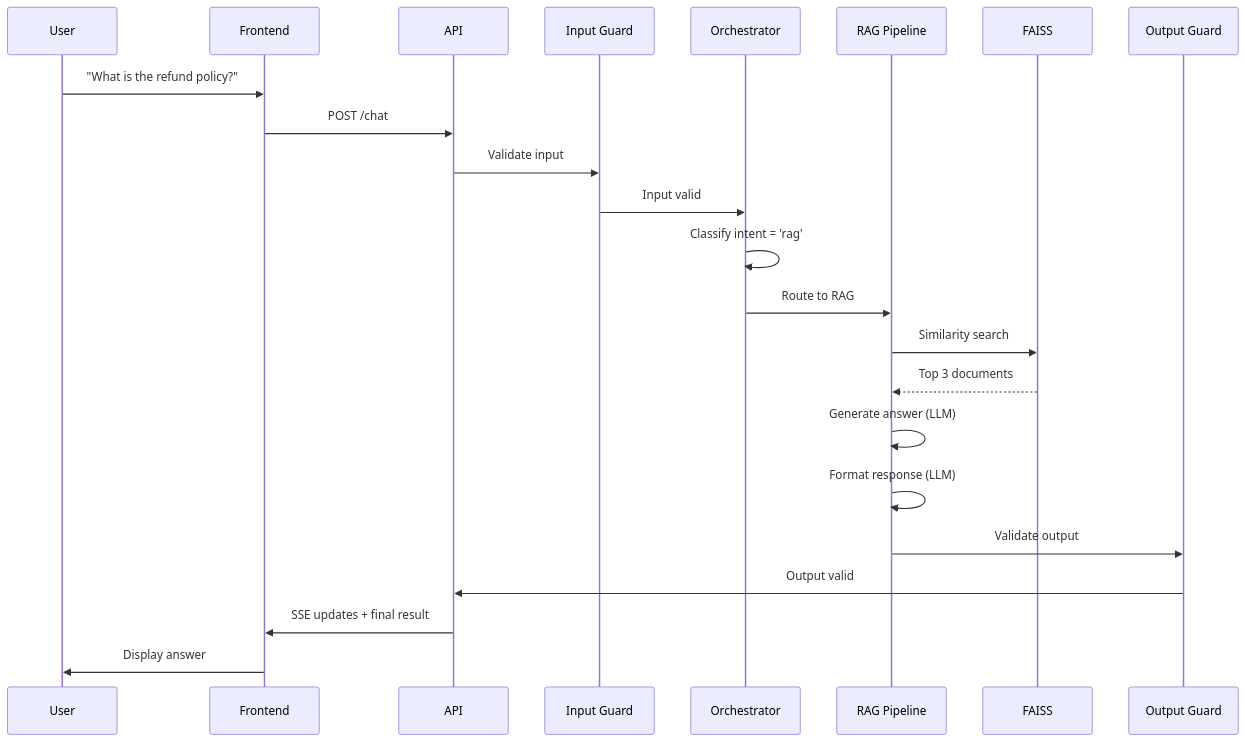
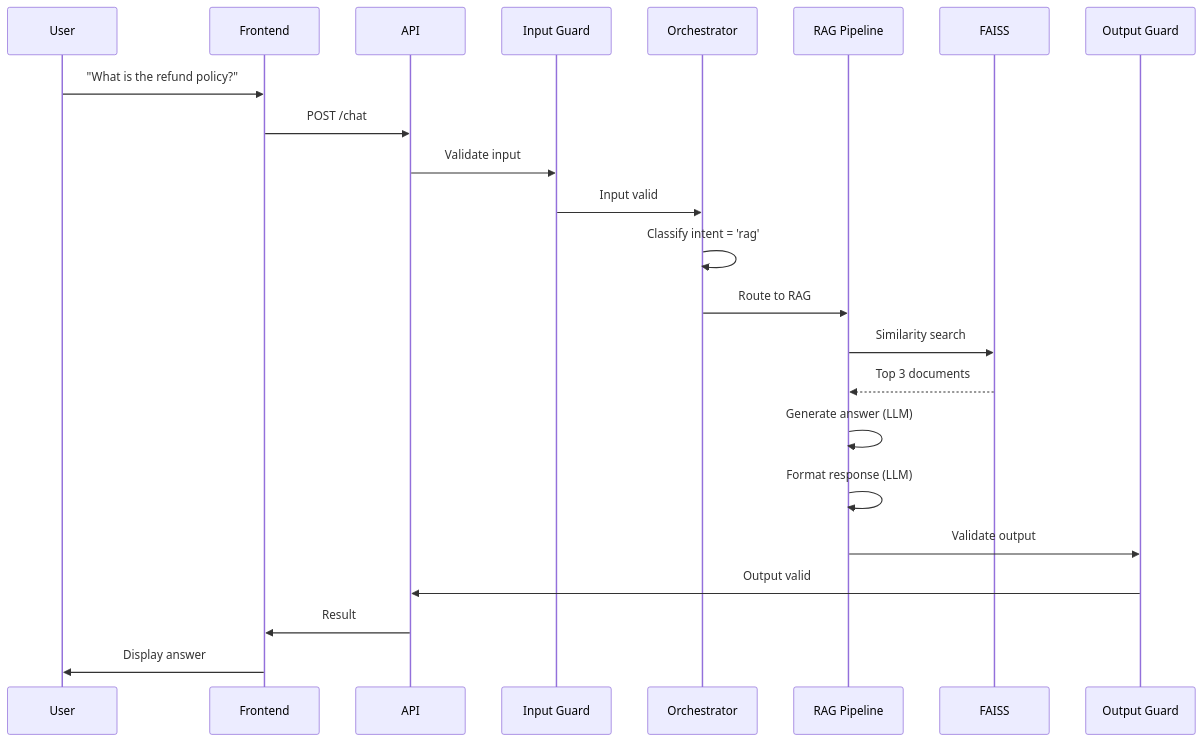
Before and after one commit to Tpg1993/text2sqlagent: the third of 3 diagrams in documentation/HLD.md, drawn with Mermaid. The commit also changed other lines of this file and 24 other files, not shown here.

````diff
--- a/documentation/HLD.md
+++ b/documentation/HLD.md
@@ -283,26 +283,26 @@
 ```mermaid
 sequenceDiagram
     participant U as User
     participant F as Frontend
     participant A as API
     participant IG as Input Guard
     participant O as Orchestrator
     participant R as RAG Pipeline
     participant V as FAISS
     participant OG as Output Guard
     
     U->>F: "What is the refund policy?"
     F->>A: POST /chat
     A->>IG: Validate input
     IG->>O: Input valid
     O->>O: Classify intent = 'rag'
     O->>R: Route to RAG
     R->>V: Similarity search
     V-->>R: Top 3 documents
     R->>R: Generate answer (LLM)
     R->>R: Format response (LLM)
     R->>OG: Validate output
     OG->>A: Output valid
-    A->>F: SSE updates + final result
+    A->>F: Result
     F->>U: Display answer
 ```
````
